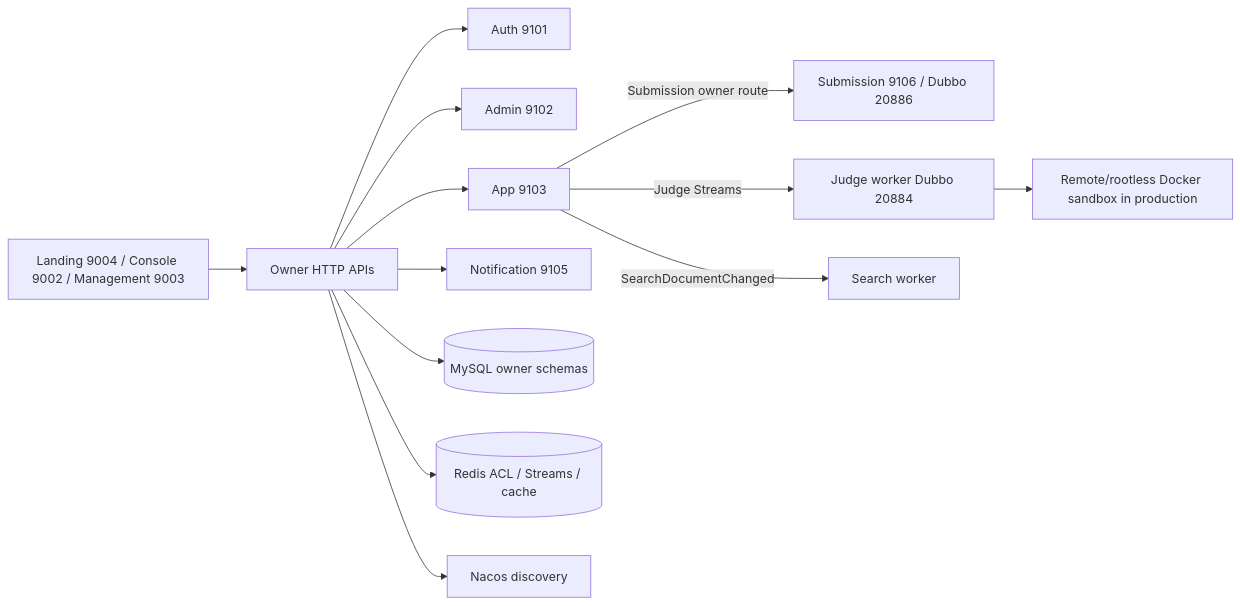
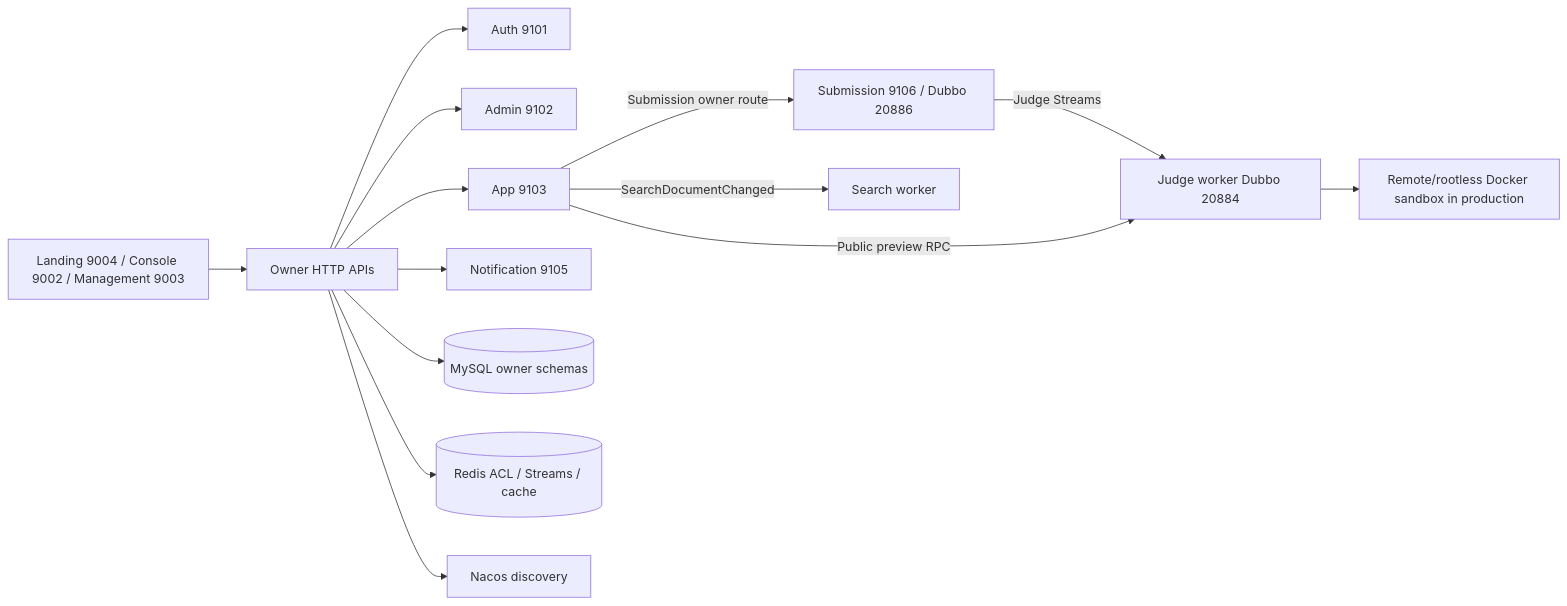
One commit to DavidHLP/UltiCode changed the diagram in docs/ARCHITECTURE.md. Above: the diagram before and after it, drawn with Mermaid. The commit also changed other lines of this file and 7 other files, not shown here.

````diff
--- a/docs/ARCHITECTURE.md
+++ b/docs/ARCHITECTURE.md
@@ -66,15 +66,16 @@
 ```mermaid
 flowchart LR
   Browser[Landing 9004 / Console 9002 / Management 9003] --> Owners[Owner HTTP APIs]
   Owners --> Auth[Auth 9101]
   Owners --> Admin[Admin 9102]
   Owners --> App[App 9103]
   Owners --> Notify[Notification 9105]
   App -->|Submission owner route| Submission[Submission 9106 / Dubbo 20886]
-  App -->|Judge Streams| Judge[Judge worker Dubbo 20884]
+  Submission -->|Judge Streams| Judge[Judge worker Dubbo 20884]
+  App -->|Public preview RPC| Judge
   App -->|SearchDocumentChanged| Search[Search worker]
   Owners --> MySQL[(MySQL owner schemas)]
   Owners --> Redis[(Redis ACL / Streams / cache)]
   Owners --> Nacos[Nacos discovery]
   Judge --> Sandbox[Remote/rootless Docker sandbox in production]
 ```
````
